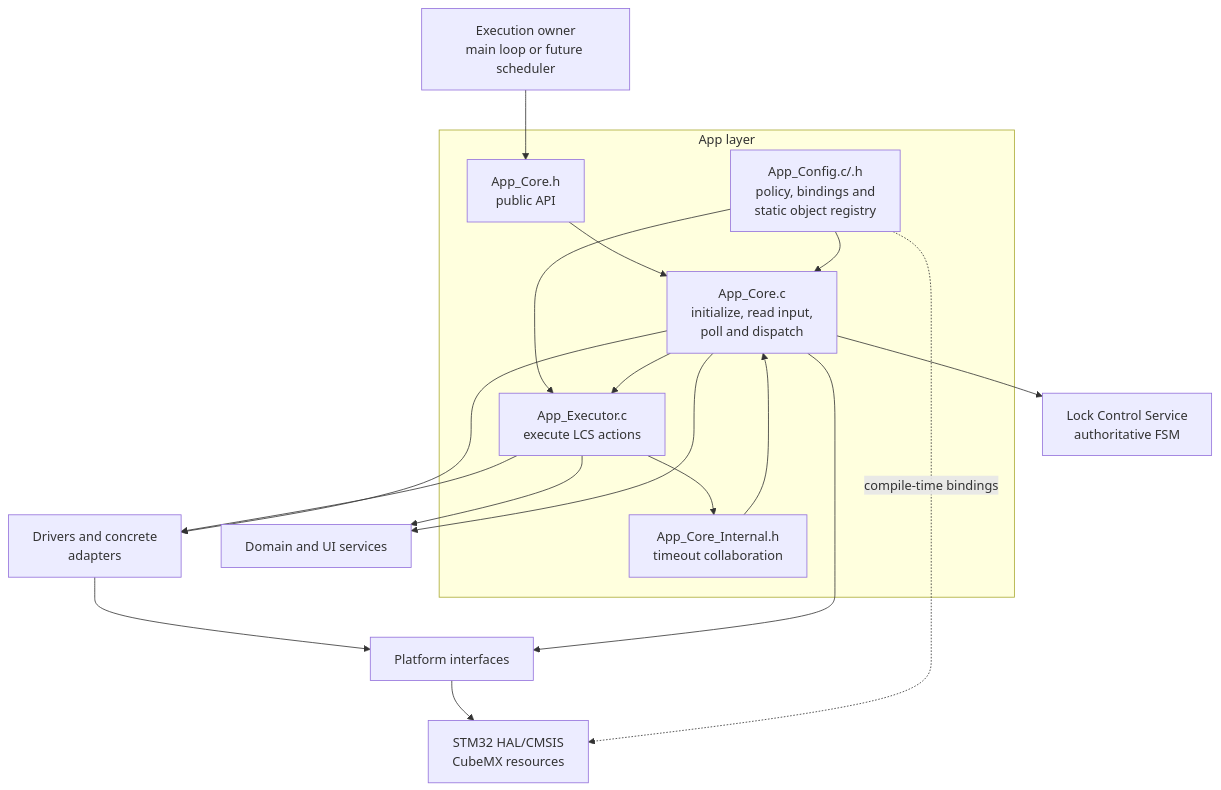
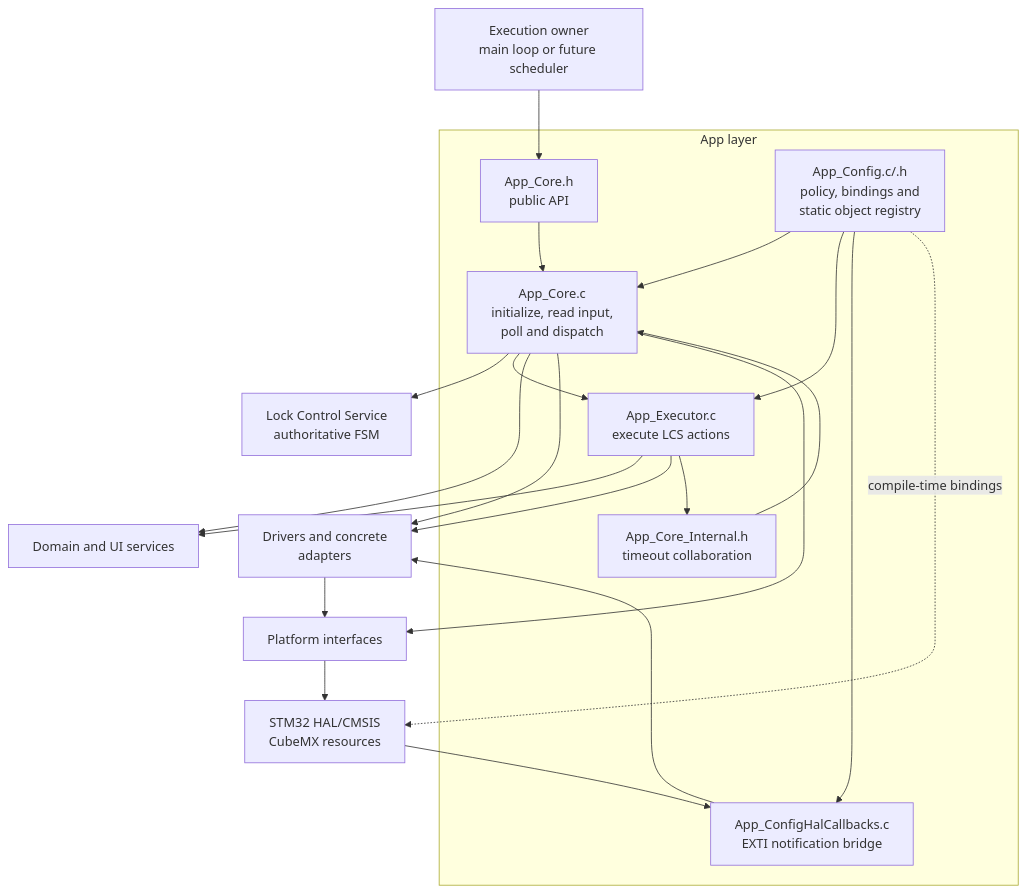
Before and after one commit to JP-REY/STM32F103C8T6-Based-Electronic-Lock: the first of 2 diagrams in App/README.md, drawn with Mermaid. The commit also changed other lines of this file and 22 other files, not shown here.

````diff
--- a/App/README.md
+++ b/App/README.md
@@ -135,32 +141,35 @@
 ```mermaid
 flowchart TB
     MAIN["Execution owner<br/>main loop or future scheduler"]
 
     subgraph APP["App layer"]
         API["App_Core.h<br/>public API"]
         CORE["App_Core.c<br/>initialize, read input,<br/>poll and dispatch"]
         EXEC["App_Executor.c<br/>execute LCS actions"]
         CONFIG["App_Config.c/.h<br/>policy, bindings and<br/>static object registry"]
+        HALCB["App_ConfigHalCallbacks.c<br/>EXTI notification bridge"]
         INTERNAL["App_Core_Internal.h<br/>timeout collaboration"]
     end
 
     LCS["Lock Control Service<br/>authoritative FSM"]
     SERVICES["Domain and UI services"]
     COMPONENTS["Drivers and concrete<br/> adapters"]
     PLATFORM["Platform interfaces"]
     HAL["STM32 HAL/CMSIS<br/>CubeMX resources"]
 
     MAIN --> API --> CORE
     CONFIG --> CORE
     CONFIG --> EXEC
+    CONFIG --> HALCB
     CORE --> LCS
     CORE --> EXEC
     EXEC --> SERVICES
     EXEC --> COMPONENTS
     EXEC --> INTERNAL --> CORE
     CORE --> SERVICES
     CORE --> COMPONENTS
     COMPONENTS --> PLATFORM --> HAL
+    HAL --> HALCB --> COMPONENTS
     CORE --> PLATFORM
     CONFIG -. "compile-time bindings" .-> HAL
 ```
````
